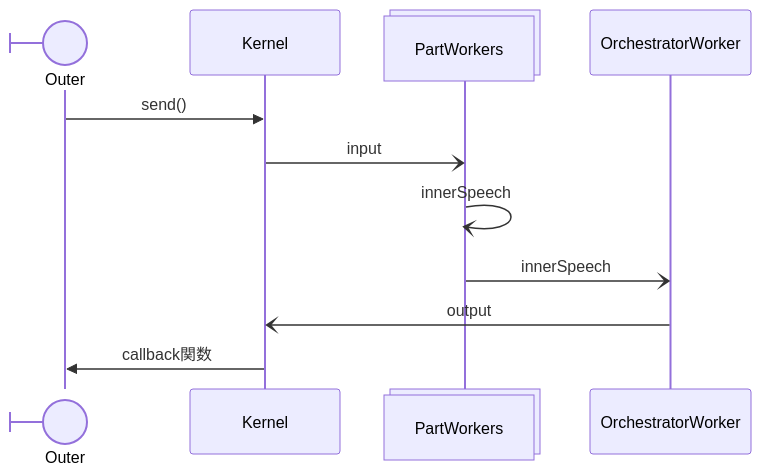
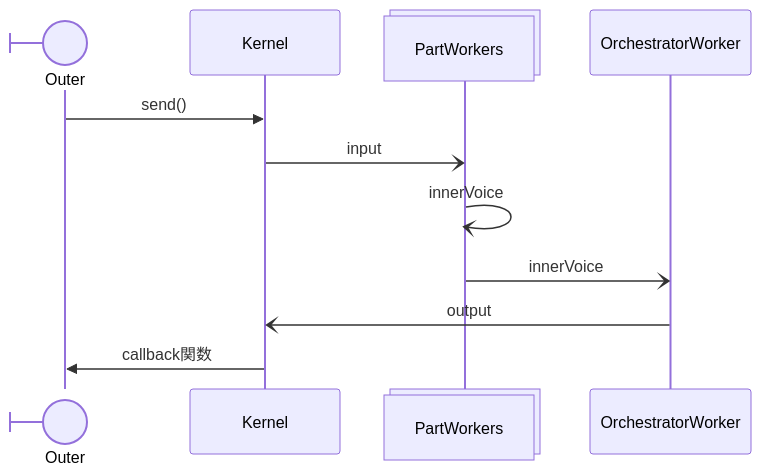
One commit to shinichi-kato/fairybiome-0.20 changed the diagram in content/documents/Orchestrator.md. Above: the diagram before and after it, drawn with Mermaid. The commit also changed other lines of this file and 16 other files, not shown here.

Commit message:
innerSpeech->innerVoice

````diff
--- a/content/documents/Orchestrator.md
+++ b/content/documents/Orchestrator.md
@@ -20,12 +20,12 @@
 ```mermaid
 sequenceDiagram
 participant Outer@{"type": "boundary" }
 participant Kernel
 participant PartWorkers@{ "type" : "collections" }
     Outer->>Kernel: send()
     Kernel-)PartWorkers: input
-    PartWorkers-)PartWorkers: innerSpeech
-    PartWorkers-)OrchestratorWorker: innerSpeech
+    PartWorkers-)PartWorkers: innerVoice
+    PartWorkers-)OrchestratorWorker: innerVoice
     OrchestratorWorker-)Kernel: output
     Kernel->>Outer: callback関数
 ```
````
